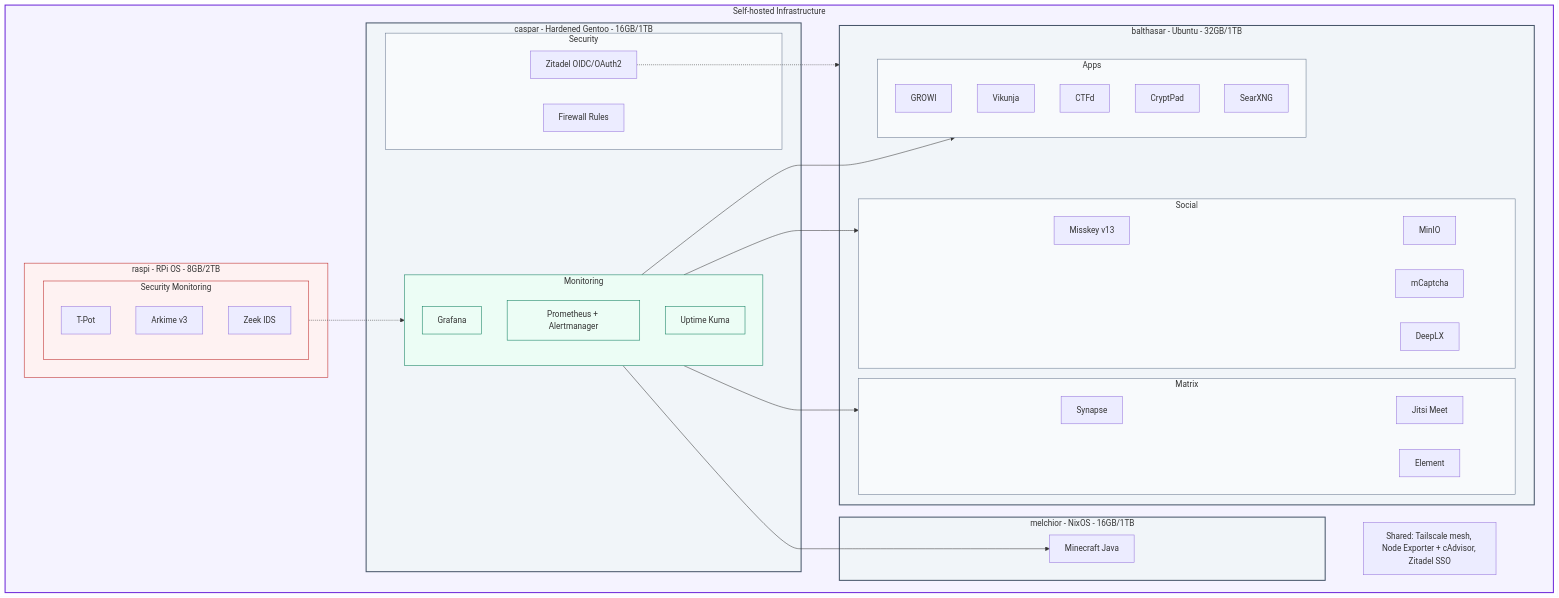
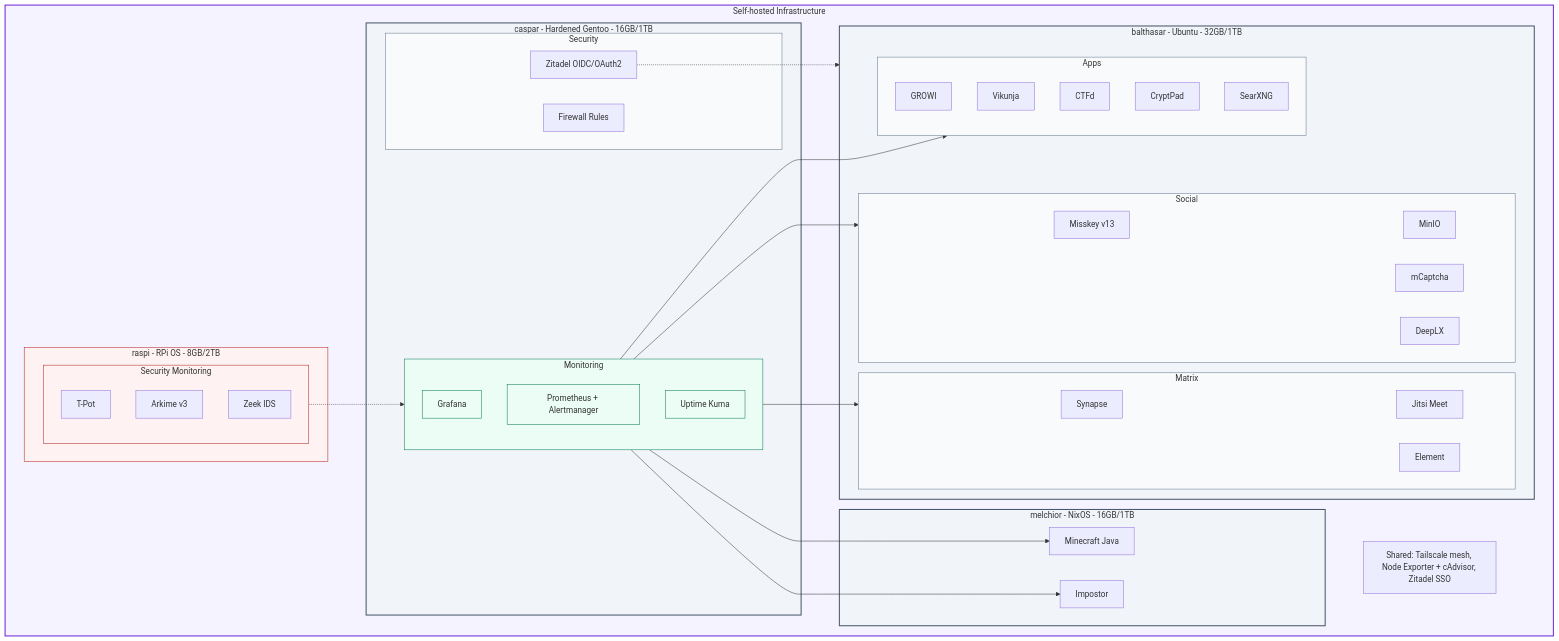
The diagram in README.md (yamisskey/hosted-list), drawn with Mermaid before and after one commit.

````diff
--- a/README.md
+++ b/README.md
@@ -2,73 +2,67 @@
 ```mermaid
 graph TB
     %% Style definitions
     classDef homeServer fill:#f1f5f9,stroke:#475569,stroke-width:2px
     classDef service fill:#f8fafc,stroke:#64748b,stroke-width:1px
     classDef monitoring fill:#ecfdf5,stroke:#047857,stroke-width:1px
     classDef security fill:#fef2f2,stroke:#b91c1c,stroke-width:1px
     classDef network fill:#f5f3ff,stroke:#6d28d9,stroke-width:2px
-
     subgraph tailscale[Self-hosted Infrastructure]
         subgraph caspar[caspar - Hardened Gentoo - 16GB/1TB]
             subgraph security[Security]
                 zitadel[Zitadel OIDC/OAuth2]
                 fw[Firewall Rules]
             end
             subgraph monitoring[Monitoring]
                 grafana[Grafana]
                 prometheus[Prometheus + Alertmanager]
                 uptime[Uptime Kuma]
             end
         end
-
         subgraph balthasar[balthasar - Ubuntu - 32GB/1TB]
             subgraph social[Social]
                 misskey[Misskey v13]
                 minio[MinIO]
                 mcaptcha[mCaptcha]
                 deeplx[DeepLX]
             end
             subgraph matrix[Matrix]
                 synapse[Synapse]
                 element[Element]
                 jitsi[Jitsi Meet]
             end
             subgraph apps[Apps]
                 growi[GROWI]
                 vikunja[Vikunja]
                 ctfd[CTFd]
                 cryptpad[CryptPad]
                 searxng[SearXNG]
             end
         end
-
         subgraph melchior[melchior - NixOS - 16GB/1TB]
             minecraft[Minecraft Java]
+            impostor[Impostor]
         end
-
         subgraph raspi[raspi - RPi OS - 8GB/2TB]
             subgraph nsm[Security Monitoring]
                 tpot[T-Pot]
                 arkime[Arkime v3]
                 zeek[Zeek IDS]
             end
         end
-
         %% Dependencies
         zitadel -.-> balthasar
         nsm -.-> monitoring
-        monitoring --> social & matrix & apps & minecraft
+        monitoring --> social & matrix & apps & minecraft & impostor
         social --> minio
         matrix --> jitsi
-
         %% Note
         note["Shared: Tailscale mesh, Node Exporter + cAdvisor, Zitadel SSO"]
     end
-
     %% Apply styles
     class caspar,balthasar,melchior homeServer
     class security,social,matrix,apps service
     class monitoring,prometheus,grafana,uptime monitoring
     class raspi,nsm security
     class tailscale network
 ```
````
